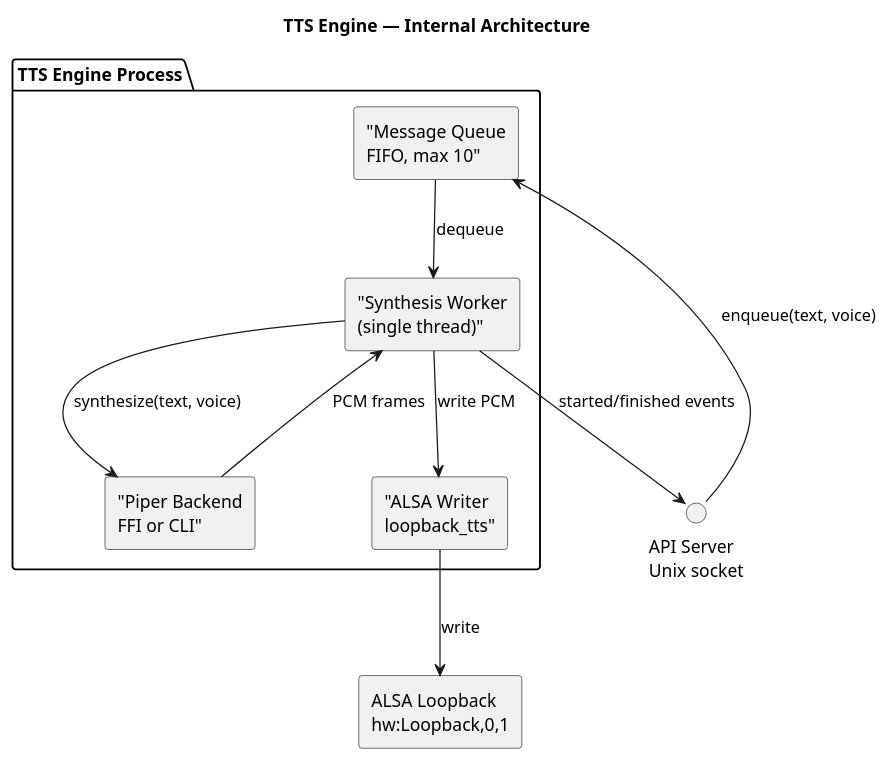
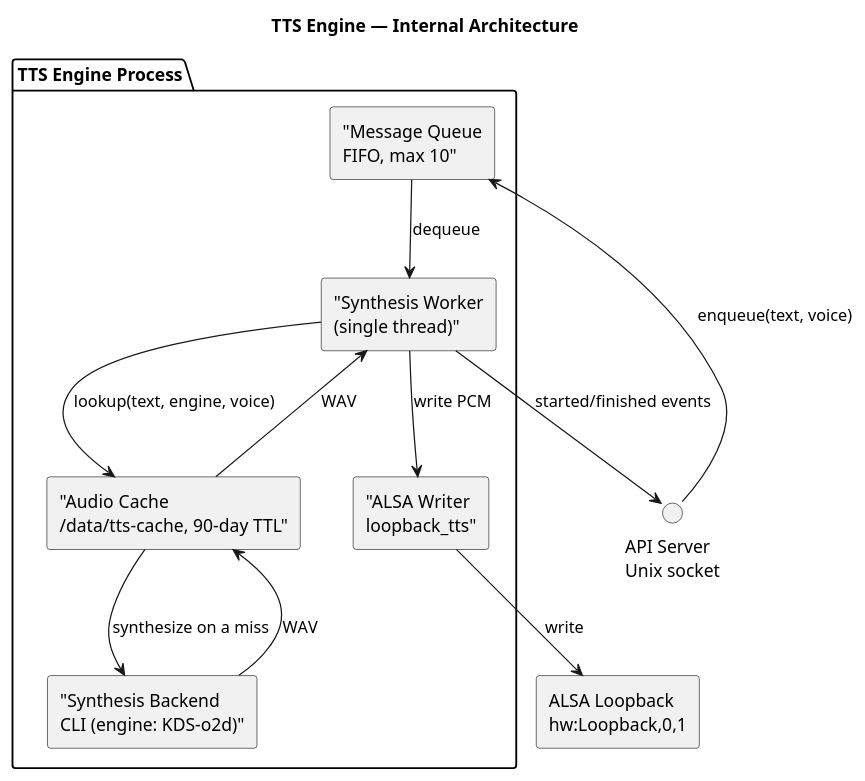
The diagram in docs/source/architecture/tts-engine/solution-design.rst (LydByDissing/kids-desktop-speaker), drawn with PlantUML before and after one commit. The commit also changed other lines of this file and 9 other files, not shown here.

First line of the commit message:
feat(tts): cache synthesised speech with a 90-day TTL since last use (KDS-d77)

```diff
--- a/docs/source/architecture/tts-engine/solution-design.rst
+++ b/docs/source/architecture/tts-engine/solution-design.rst
@@ -35,29 +35,32 @@
 .. plantuml::
    :caption: TTS Engine — Internal Architecture
    :name: fig-tts-internal
 
    @startuml
    skinparam componentStyle rectangle
    skinparam backgroundColor white
 
    title TTS Engine — Internal Architecture
 
    package "TTS Engine Process" as tts {
        component ["Message Queue\nFIFO, max 10"] as queue
        component ["Synthesis Worker\n(single thread)"] as worker
-       component ["Piper Backend\nFFI or CLI"] as piper
+       component ["Audio Cache\n/data/tts-cache, 90-day TTL"] as cache
+       component ["Synthesis Backend\nCLI (engine: KDS-o2d)"] as piper
        component ["ALSA Writer\nloopback_tts"] as alsa
    }
 
    interface "API Server\nUnix socket" as api
    component "ALSA Loopback\nhw:Loopback,0,1" as loopback
 
    api --> queue : enqueue(text, voice)
    queue --> worker : dequeue
-   worker --> piper : synthesize(text, voice)
-   piper --> worker : PCM frames
+   worker --> cache : lookup(text, engine, voice)
+   cache --> piper : synthesize on a miss
+   piper --> cache : WAV
+   cache --> worker : WAV
    worker --> alsa : write PCM
    alsa --> loopback : write
    worker --> api : started/finished events
 
    @enduml
```
